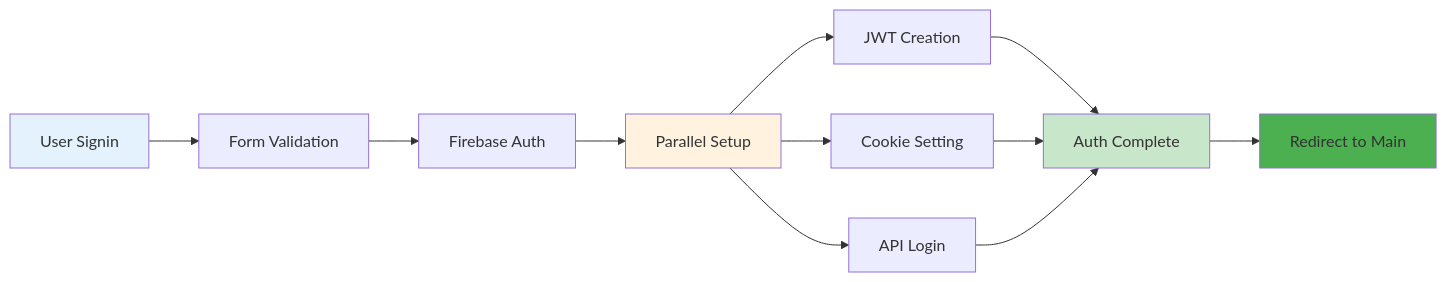
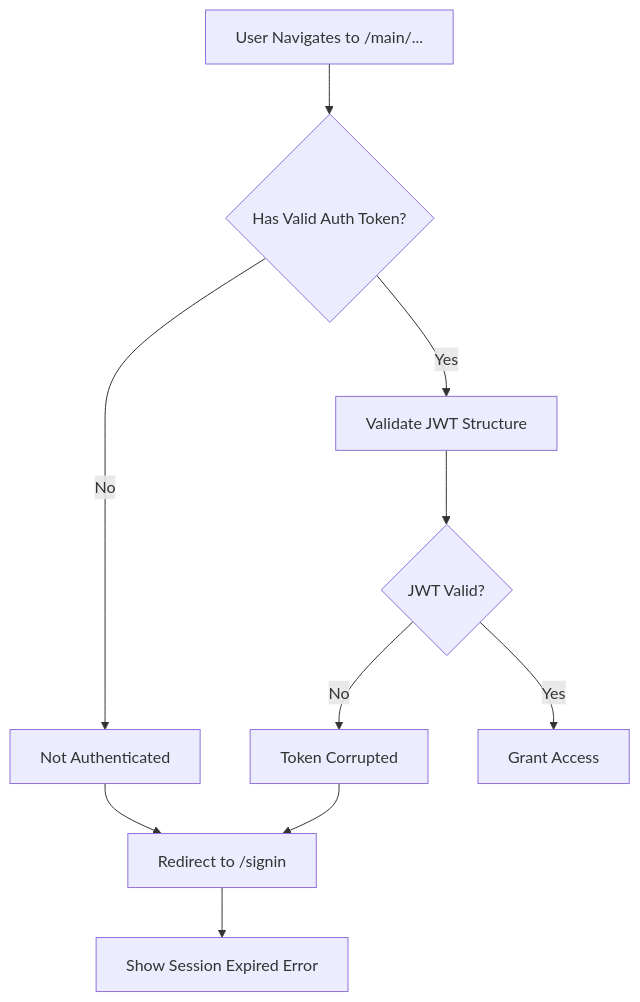
Before and after one commit to benxgao/certifai-app: the seventh of 7 diagrams in docs/signin.md, drawn with Mermaid. The commit also changed other lines of this file and 3 other files, not shown here.

````diff
--- a/docs/signin.md
+++ b/docs/signin.md
@@ -621,21 +407,16 @@
 ```mermaid
-graph LR
-    A[User Signin] --> B[Form Validation]
-    B --> C[Firebase Auth]
-    C --> D[Parallel Setup]
+graph TD
+    A[User Navigates to /main/...] --> B{Has Valid Auth Token?}
 
-    D --> E[JWT Creation]
-    D --> F[Cookie Setting]
-    D --> G[API Login]
+    B -->|No| C[Not Authenticated]
+    C --> D[Redirect to /signin]
+    D --> E[Show Session Expired Error]
 
-    E --> H[Auth Complete]
-    F --> H
-    G --> H
+    B -->|Yes| F[Validate JWT Structure]
+    F --> G{JWT Valid?}
 
-    H --> I[Redirect to Main]
+    G -->|No| H[Token Corrupted]
+    H --> D
 
-    style A fill:#e3f2fd
-    style D fill:#fff3e0
-    style H fill:#c8e6c9
-    style I fill:#4caf50
+    G -->|Yes| I[Grant Access]
 ```
````
